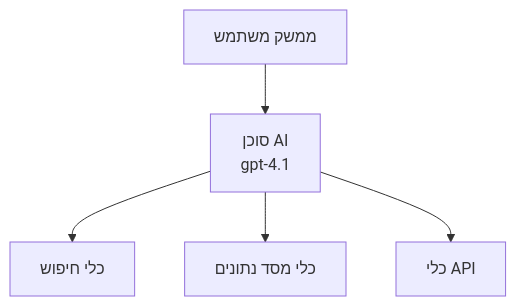
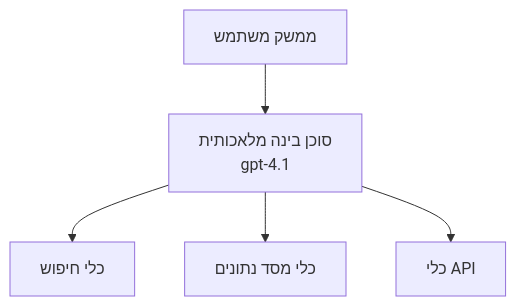
The first of 3 diagrams in translations/he/docs/chapter-02-ai-development/agents.md (microsoft/AZD-for-beginners), drawn with Mermaid before and after one commit. The commit also changed other lines of this file and 61 other files, not shown here.

````diff
--- a/translations/he/docs/chapter-02-ai-development/agents.md
+++ b/translations/he/docs/chapter-02-ai-development/agents.md
@@ -162,7 +162,7 @@
 ```mermaid
 graph TD
-    UI[ממשק משתמש] --> Agent[סוכן AI<br/>gpt-4.1]
+    UI[ממשק משתמש] --> Agent[סוכן בינה מלאכותית<br/>gpt-4.1]
     Agent --> Search[כלי חיפוש]
     Agent --> Database[כלי מסד נתונים]
     Agent --> API[כלי API]
 ```
````
